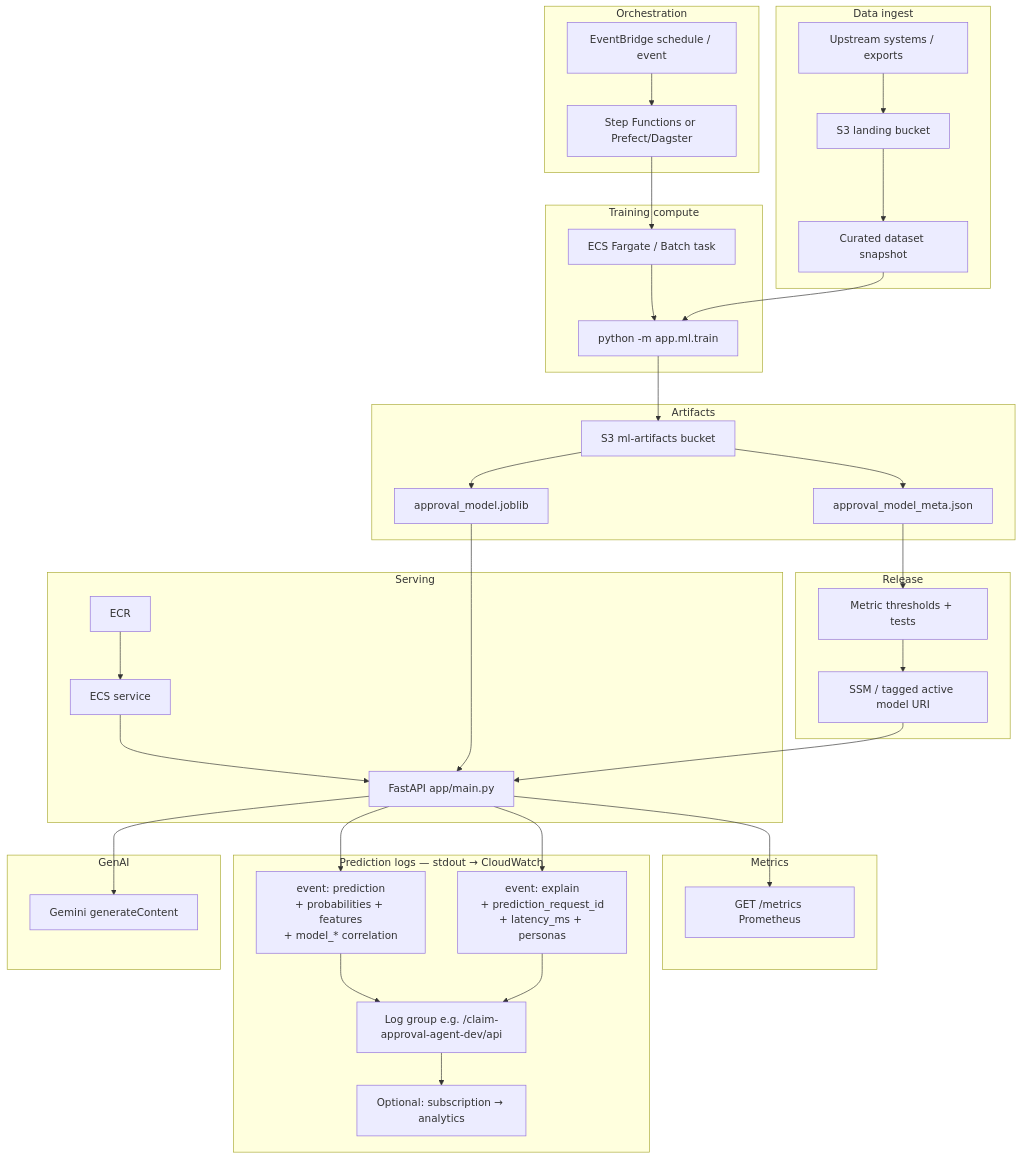
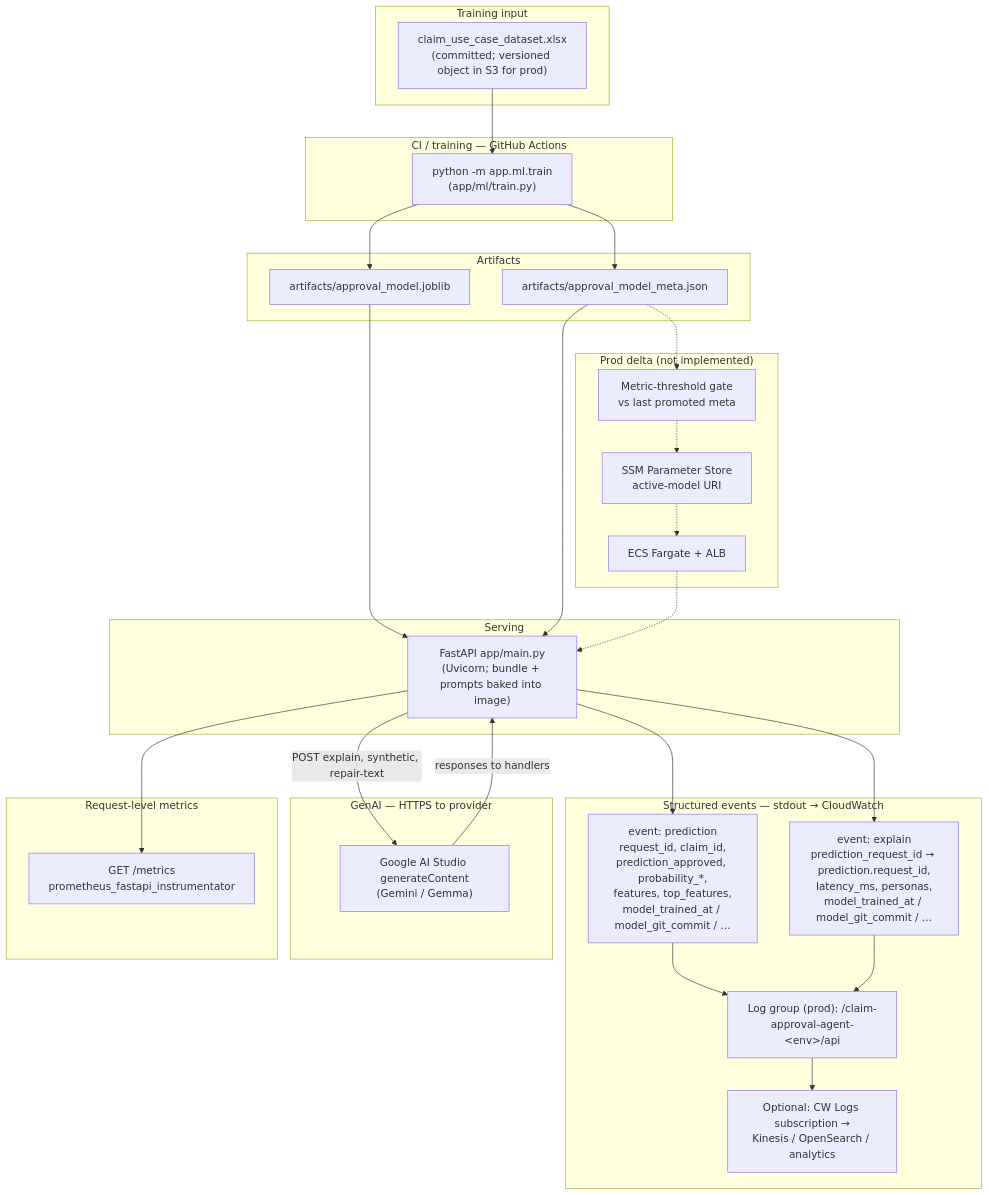
The diagram in docs/PRODUCTION_ARCHITECTURE.md (ecliptick/bolttech_takehome), drawn with Mermaid before and after one commit. The commit also changed other lines of this file and 6 other files, not shown here.

````diff
--- a/docs/PRODUCTION_ARCHITECTURE.md
+++ b/docs/PRODUCTION_ARCHITECTURE.md
@@ -20,68 +83,58 @@
 ```mermaid
 flowchart TB
-  subgraph ingest["Data ingest"]
-    SRC["Upstream systems / exports"]
-    LAND["S3 landing bucket"]
-    CURATED["Curated dataset snapshot"]
+  subgraph input["Training input"]
+    XLSX["claim_use_case_dataset.xlsx<br/>(committed; versioned object in S3 for prod)"]
   end
 
-  subgraph orch["Orchestration"]
-    EB["EventBridge schedule / event"]
-    SF["Step Functions or Prefect/Dagster"]
-  end
-
-  subgraph train_job["Training compute"]
-    TR_TASK["ECS Fargate / Batch task"]
-    TR_CLI["python -m app.ml.train"]
+  subgraph ci["CI / training — GitHub Actions"]
+    TR["python -m app.ml.train<br/>(app/ml/train.py)"]
   end
 
   subgraph artifacts["Artifacts"]
-    S3M["S3 ml-artifacts bucket"]
-    JLB["approval_model.joblib"]
-    META["approval_model_meta.json"]
+    JLB["artifacts/approval_model.joblib"]
+    META["artifacts/approval_model_meta.json"]
   end
 
-  subgraph promote["Release"]
-    GATES["Metric thresholds + tests"]
-    PARAM["SSM / tagged active model URI"]
+  subgraph prod["Prod delta (not implemented)"]
+    GATE["Metric-threshold gate<br/>vs last promoted meta"]
+    SSM["SSM Parameter Store<br/>active-model URI"]
+    ECS["ECS Fargate + ALB"]
   end
 
   subgraph serve["Serving"]
-    ECR["ECR"]
-    SVC["ECS service"]
-    API["FastAPI app/main.py"]
+    API["FastAPI app/main.py<br/>(Uvicorn; bundle + prompts baked into image)"]
   end
 
-  subgraph infer_logs["Prediction logs — stdout → CloudWatch"]
-    LG["Log group e.g. /claim-approval-agent-dev/api"]
-    PREDL["event: prediction\n+ probabilities + features\n+ model_* correlation"]
-    EXPL["event: explain\n+ prediction_request_id\n+ latency_ms + personas"]
-    CW_SUB["Optional: subscription → analytics"]
+  subgraph events["Structured events — stdout → CloudWatch"]
+    LG["Log group (prod): /claim-approval-agent-&lt;env&gt;/api"]
+    PRED["event: prediction<br/>request_id, claim_id,<br/>prediction_approved, probability_*,<br/>features, top_features,<br/>model_trained_at / model_git_commit / …"]
+    EXPL["event: explain<br/>prediction_request_id → prediction.request_id,<br/>latency_ms, personas,<br/>model_trained_at / model_git_commit / …"]
+    SUB["Optional: CW Logs subscription →<br/>Kinesis / OpenSearch / analytics"]
   end
 
-  subgraph genai["GenAI"]
-    GEM["Gemini generateContent"]
+  subgraph genai["GenAI — HTTPS to provider"]
+    GEM["Google AI Studio generateContent<br/>(Gemini / Gemma)"]
   end
 
-  subgraph obs_extra["Metrics"]
-    PROM["GET /metrics Prometheus"]
+  subgraph prom["Request-level metrics"]
+    P["GET /metrics<br/>prometheus_fastapi_instrumentator"]
   end
 
-  SRC --> LAND --> CURATED
-  EB --> SF --> TR_TASK --> TR_CLI
-  CURATED --> TR_CLI
-  TR_CLI --> S3M
-  S3M --> JLB
-  S3M --> META
-  META --> GATES --> PARAM
-  ECR --> SVC --> API
-  PARAM --> API
+  XLSX --> TR
+  TR --> JLB
+  TR --> META
   JLB --> API
-  API --> GEM
-  API --> PREDL
+  META --> API
+  META -.-> GATE
+  GATE -.-> SSM
+  SSM -.-> ECS
+  ECS -.-> API
+  API -->|POST explain, synthetic, repair-text| GEM
+  GEM -->|responses to handlers| API
+  API --> PRED
   API --> EXPL
-  PREDL --> LG
+  PRED --> LG
   EXPL --> LG
-  LG --> CW_SUB
-  API --> PROM
+  LG --> SUB
+  API --> P
 ```
````
